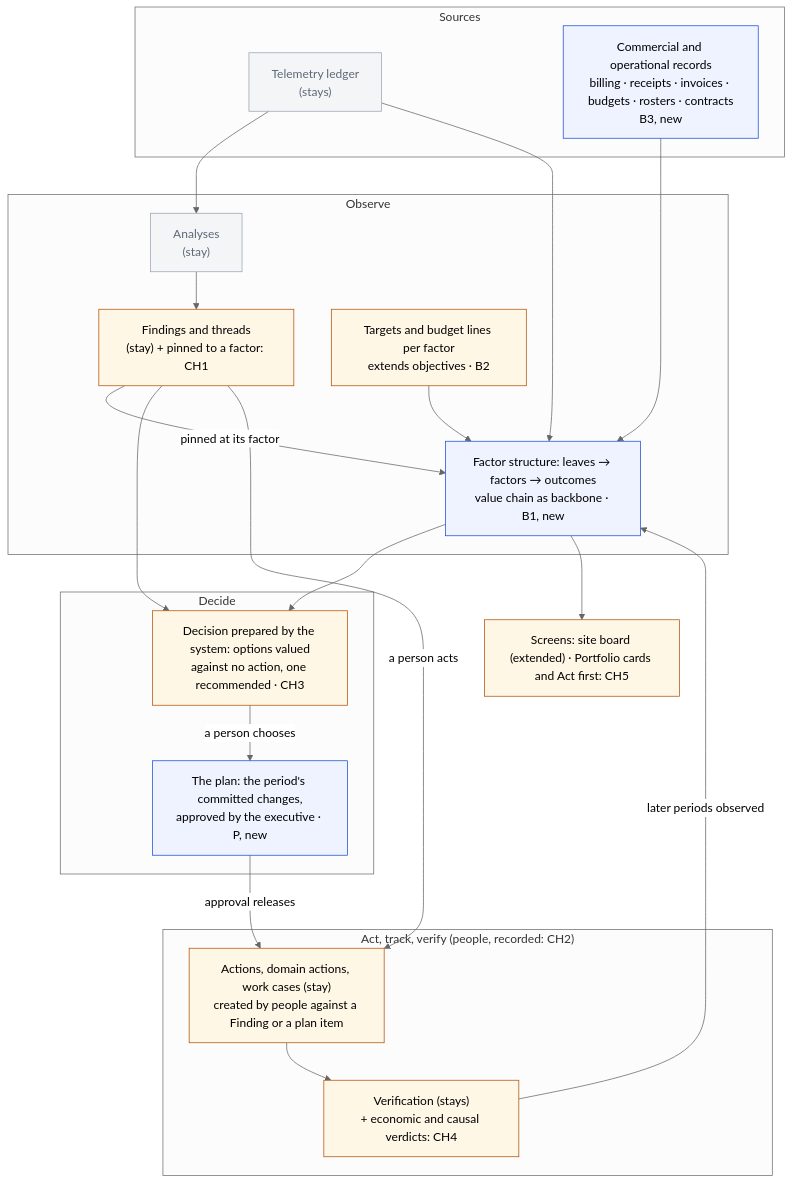
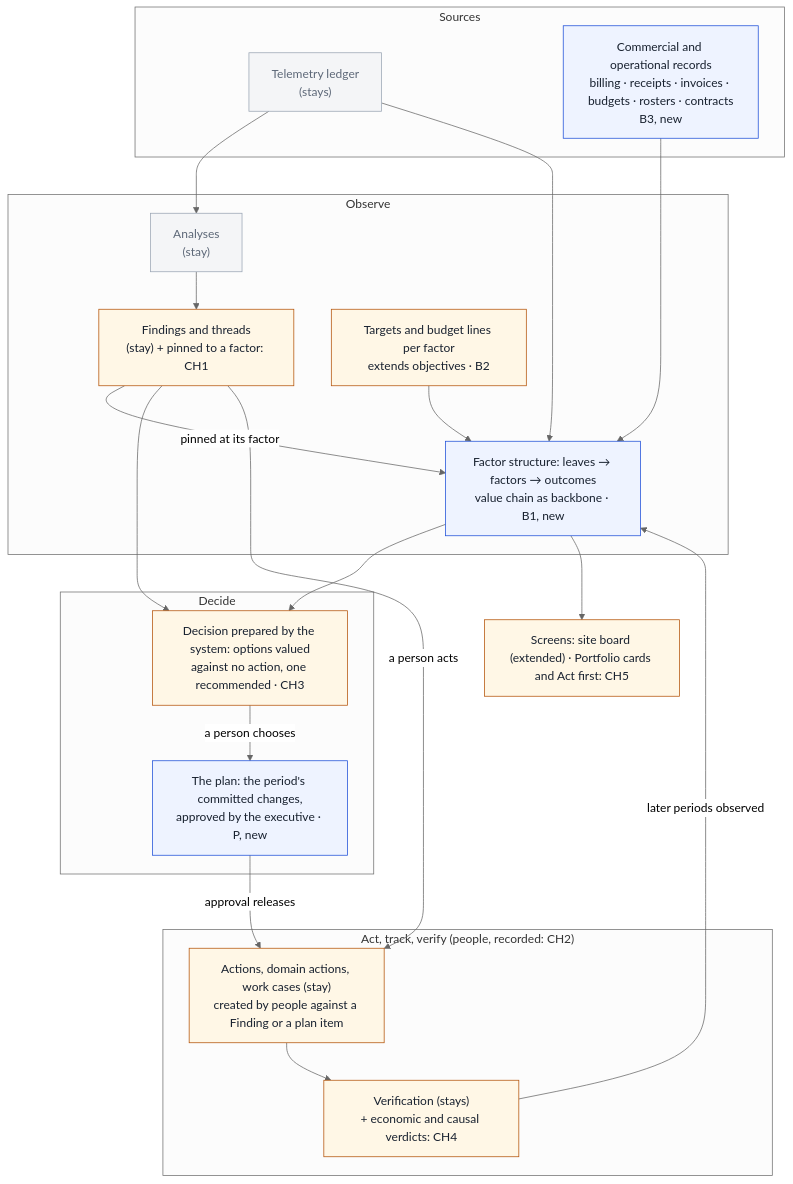
The first of 12 diagrams in Docs/demo-sprint/product-direction-layer4/layer4-transformation-design.md (bineyame/AssetOpsV1), drawn with Mermaid (neutral theme) before and after one commit. The commit also changed other lines of this file and 30 other files, not shown here.

````diff
--- a/Docs/demo-sprint/product-direction-layer4/layer4-transformation-design.md
+++ b/Docs/demo-sprint/product-direction-layer4/layer4-transformation-design.md
@@ -201,37 +201,37 @@
 ```mermaid
 flowchart TB
   subgraph SRC["Sources"]
     T["Telemetry ledger<br/>(stays)"]:::keep
     CR["Commercial and operational records<br/>billing · receipts · invoices · budgets · rosters · contracts<br/>B3, new"]:::new
   end
   subgraph OBS["Observe"]
     AN["Analyses<br/>(stay)"]:::keep --> FI["Findings and threads<br/>(stay) + pinned to a factor: CH1"]:::chg
     FS["Factor structure: leaves → factors → outcomes<br/>value chain as backbone · B1, new"]:::new
     PL["Targets and budget lines per factor<br/>extends objectives · B2"]:::chg
   end
   subgraph DEC["Decide"]
     OP["Decision prepared by the system: options valued<br/>against no action, one recommended · CH3"]:::chg
     PN["The plan: the period's committed changes,<br/>approved by the executive · P, new"]:::new
   end
   subgraph ACTN["Act, track, verify (people, recorded: CH2)"]
     AC["Actions, domain actions, work cases (stay)<br/>created by people against a Finding or a plan item"]:::chg
     VE["Verification (stays)<br/>+ economic and causal verdicts: CH4"]:::chg
   end
   SC["Screens: site board (extended) · Portfolio cards and Act first: CH5"]:::chg
   T --> AN
   T --> FS
   CR --> FS
   FI -- "pinned at its factor" --> FS
   PL --> FS
   FS --> OP
   FI --> OP
   OP -- "a person chooses" --> PN
   FI -- "a person acts" --> AC
   PN -- "approval releases" --> AC
   AC --> VE
   VE -- "later periods observed" --> FS
   FS --> SC
   classDef keep fill:#f4f5f7,stroke:#9aa5b4,color:#5d6878
-  classDef new fill:#eef3ff,stroke:#1d4ed8
-  classDef chg fill:#fff7e6,stroke:#b45309
+  classDef new fill:#eef3ff,stroke:#1d4ed8,color:#18212f
+  classDef chg fill:#fff7e6,stroke:#b45309,color:#18212f
 ```
````
